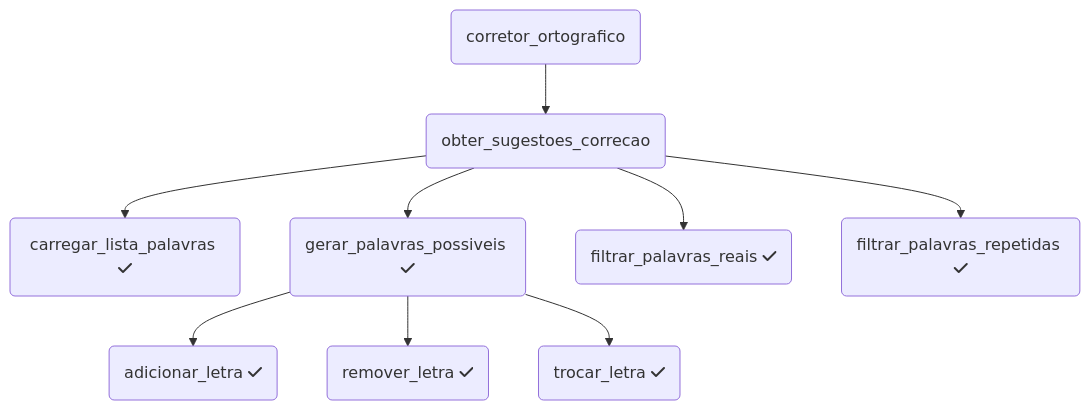
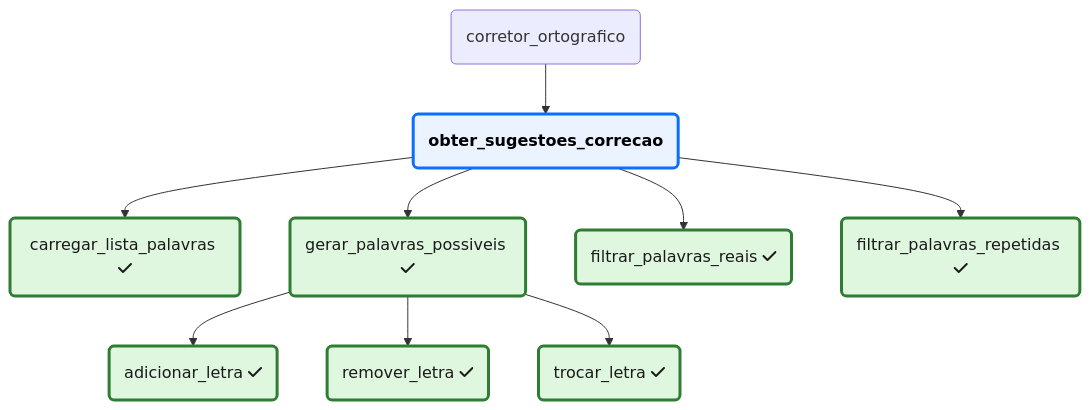
One commit to ufla-pasia/pasia-slides changed the tenth of 11 diagrams in aula_t4.qmd. Above: the diagram before and after it, drawn with Mermaid. The commit also changed other lines of this file and 2 other files, not shown here.

Commit message:
t4: melhorias diagramas e outros

````diff
--- a/aula_t4.qmd
+++ b/aula_t4.qmd
@@ -887,11 +950,23 @@
 ```{mermaid}
 flowchart TD
   A(corretor_ortografico) --> B(obter_sugestoes_correcao)
   B --> C1(carregar_lista_palavras fa:fa-check)
   B --> C2(gerar_palavras_possiveis fa:fa-check)
   C2 --> D1(adicionar_letra fa:fa-check)
   C2 --> D2(remover_letra fa:fa-check)
   C2 --> D3(trocar_letra fa:fa-check)
   B --> C3(filtrar_palavras_reais fa:fa-check)
   B --> C4(filtrar_palavras_repetidas fa:fa-check)
+
+  classDef Concluido fill:#dff7df,stroke:#2e7d32,stroke-width:3px,color:#1a1a1a;
+  class C1 Concluido;
+  class D1 Concluido;
+  class D2 Concluido;
+  class D3 Concluido;
+  class C2 Concluido;
+  class C3 Concluido;
+  class C4 Concluido;
+
+  classDef Foco fill:#eaf3ff,stroke:#0d6efd,stroke-width:3px,color:#000,font-weight:bold  
+  class B Foco;
 ```
````
